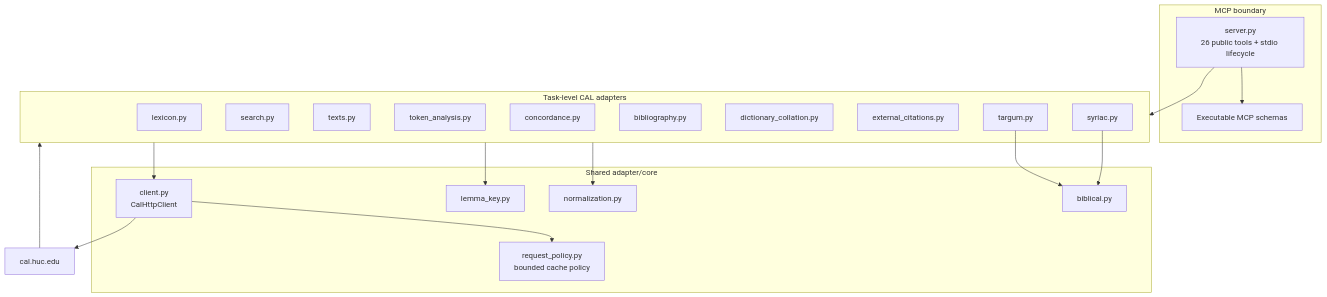
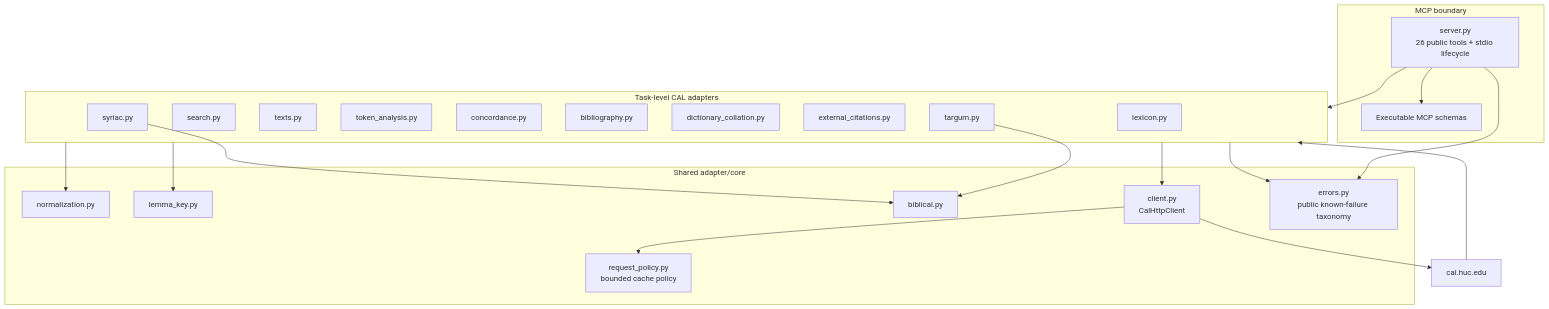
One commit to alexsosn/CAL-MCP changed the third of 8 diagrams in wiki/architecture.md. Above: the diagram before and after it, drawn with Mermaid. The commit also changed other lines of this file and 3 other files, not shown here.

Commit message:
docs: record structured error boundary architecture

````diff
--- a/wiki/architecture.md
+++ b/wiki/architecture.md
@@ -107,41 +107,44 @@
 ```mermaid
 flowchart TB
     subgraph MCP[MCP boundary]
       SERVER[server.py\n26 public tools + stdio lifecycle]
       SCHEMA[Executable MCP schemas]
     end
 
     subgraph Surfaces[Task-level CAL adapters]
       LEX[lexicon.py]
       SEARCH[search.py]
       TEXT[texts.py]
       TOKEN[token_analysis.py]
       CONC[concordance.py]
       BIB[bibliography.py]
       DICT[dictionary_collation.py]
       EXT[external_citations.py]
       TARG[targum.py]
       SYR[syriac.py]
     end
 
     subgraph Shared[Shared adapter/core]
       NORM[normalization.py]
       LKEY[lemma_key.py]
       BIBLE[biblical.py]
       HTTP[client.py\nCalHttpClient]
       POLICY[request_policy.py\nbounded cache policy]
+      ERRORS[errors.py\npublic known-failure taxonomy]
     end
 
     CAL[cal.huc.edu]
 
     SERVER --> SCHEMA
     SERVER --> Surfaces
     Surfaces --> NORM
     Surfaces --> LKEY
     TARG --> BIBLE
     SYR --> BIBLE
     Surfaces --> HTTP
     HTTP --> POLICY
+    Surfaces --> ERRORS
+    SERVER --> ERRORS
     HTTP --> CAL
     CAL --> Surfaces
 ```
````
